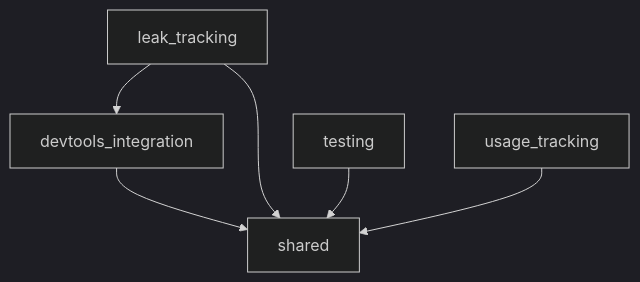
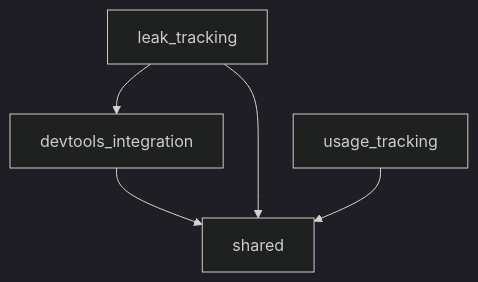
The diagram in pkgs/leak_tracker/lib/src/DEPENDENCIES.md (dart-lang/leak_tracker), drawn with Mermaid (dark theme) before and after one commit. The commit also changed 39 other files, not shown here.

````diff
--- a/pkgs/leak_tracker/lib/src/DEPENDENCIES.md
+++ b/pkgs/leak_tracker/lib/src/DEPENDENCIES.md
@@ -6,8 +6,7 @@
 ```mermaid
 flowchart TD;
 devtools_integration-->shared;
 leak_tracking-->devtools_integration;
 leak_tracking-->shared;
-testing-->shared;
 usage_tracking-->shared;
 ```
````
